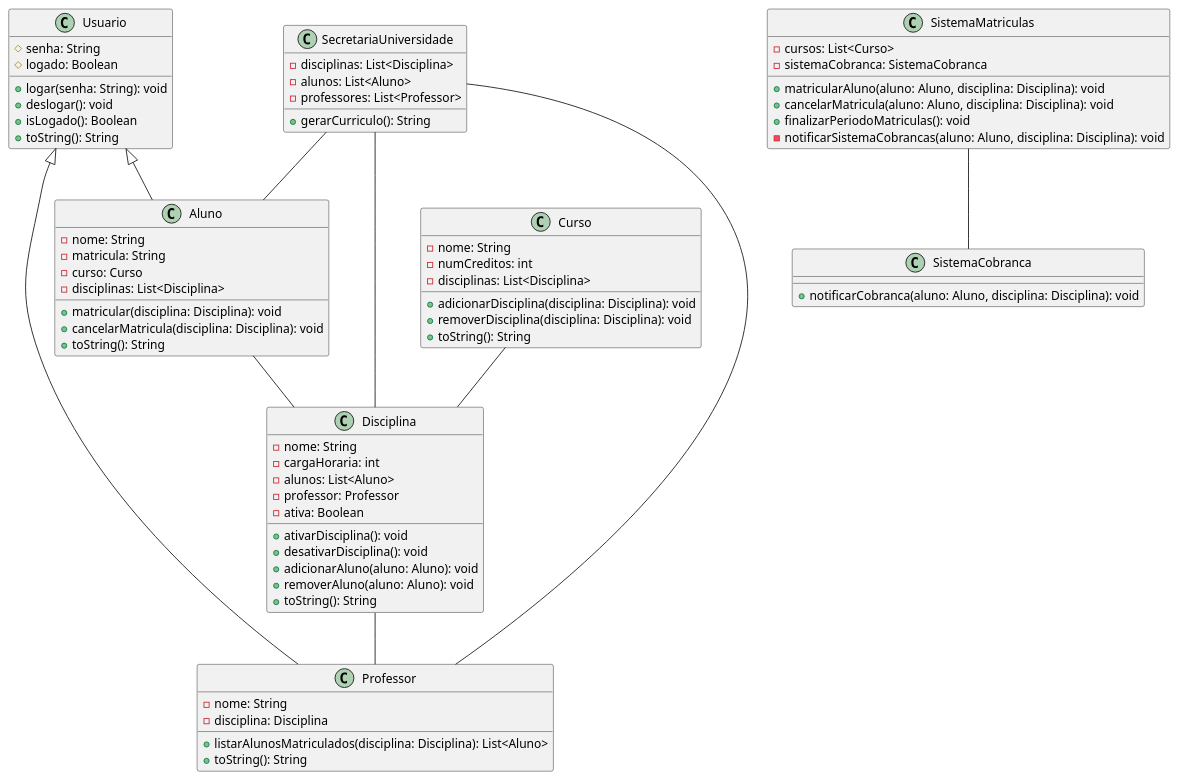
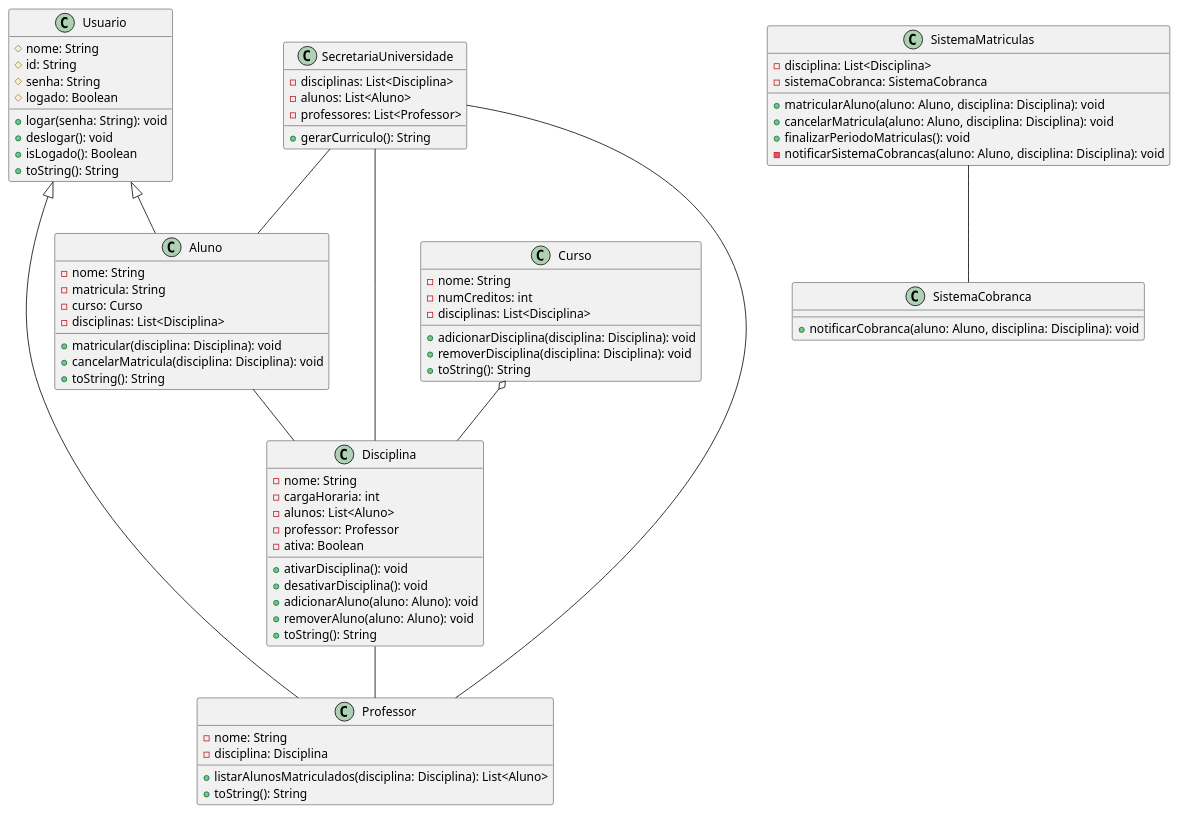
Before and after one commit to pauladefreitas/Lab01: the diagram in projeto/diagramaDeClasse.puml, drawn with PlantUML.

Commit message:
Diagrama De Classe em versao puml atualizado

```diff
--- a/projeto/diagramaDeClasse.puml
+++ b/projeto/diagramaDeClasse.puml
@@ -1,85 +1,87 @@
 @startuml
 
 class Usuario {
+  #nome: String
+  #id: String
   #senha: String
   #logado: Boolean
   +logar(senha: String): void
   +deslogar(): void
   +isLogado(): Boolean
   +toString(): String
 
 }
 
 class Aluno {
   -nome: String
   -matricula: String
   -curso: Curso
   -disciplinas: List<Disciplina>
   +matricular(disciplina: Disciplina): void
   +cancelarMatricula(disciplina: Disciplina): void
   +toString(): String
 }
 
 class Professor {
   -nome: String
   -disciplina: Disciplina
   +listarAlunosMatriculados(disciplina: Disciplina): List<Aluno>
   +toString(): String
 
 }
 
 class Disciplina {
   -nome: String
   -cargaHoraria: int
   -alunos: List<Aluno>
   -professor: Professor
   -ativa: Boolean
   +ativarDisciplina(): void
   +desativarDisciplina(): void
   +adicionarAluno(aluno: Aluno): void
   +removerAluno(aluno: Aluno): void
   +toString(): String
 
 }
 
 class Curso {
   -nome: String
   -numCreditos: int
   -disciplinas: List<Disciplina>
   +adicionarDisciplina(disciplina: Disciplina): void
   +removerDisciplina(disciplina: Disciplina): void
   +toString(): String
 
 }
 
 class SecretariaUniversidade {
   -disciplinas: List<Disciplina>
   -alunos: List<Aluno>
   -professores: List<Professor>
   +gerarCurriculo(): String
 }
 
 class SistemaCobranca {
   +notificarCobranca(aluno: Aluno, disciplina: Disciplina): void
 }
 
 class SistemaMatriculas {
-  -cursos: List<Curso>
+  -disciplina: List<Disciplina>
   -sistemaCobranca: SistemaCobranca
   +matricularAluno(aluno: Aluno, disciplina: Disciplina): void
   +cancelarMatricula(aluno: Aluno, disciplina: Disciplina): void
   +finalizarPeriodoMatriculas(): void
   -notificarSistemaCobrancas(aluno: Aluno, disciplina: Disciplina): void
 }
 
 Usuario <|-- Aluno
 Usuario <|-- Professor
 Aluno -- Disciplina 
 Disciplina --  Professor
-Curso -- Disciplina 
 SistemaMatriculas -- SistemaCobranca 
 SecretariaUniversidade -- Aluno
 SecretariaUniversidade -- Disciplina 
-SecretariaUniversidade -- Professor 
+SecretariaUniversidade -- Professor
+Curso o-- Disciplina
 
 @enduml
```
